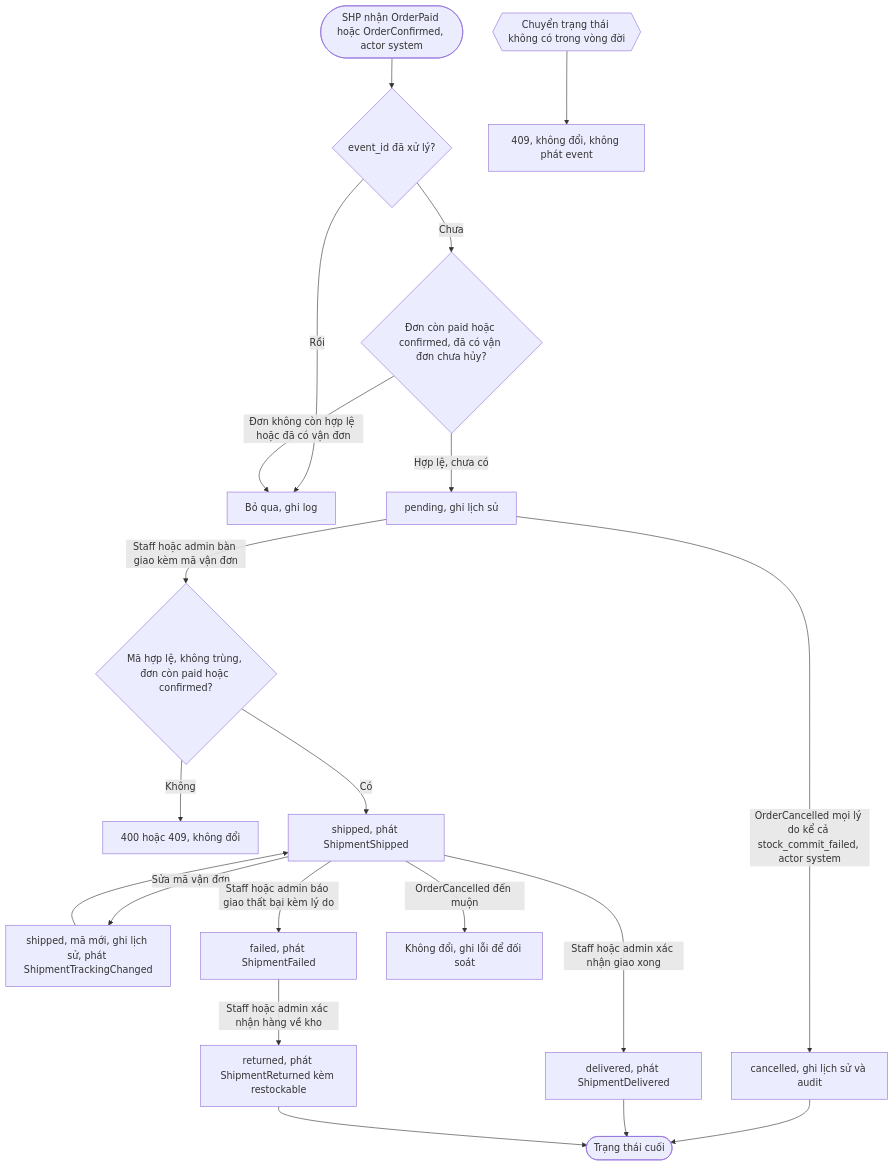
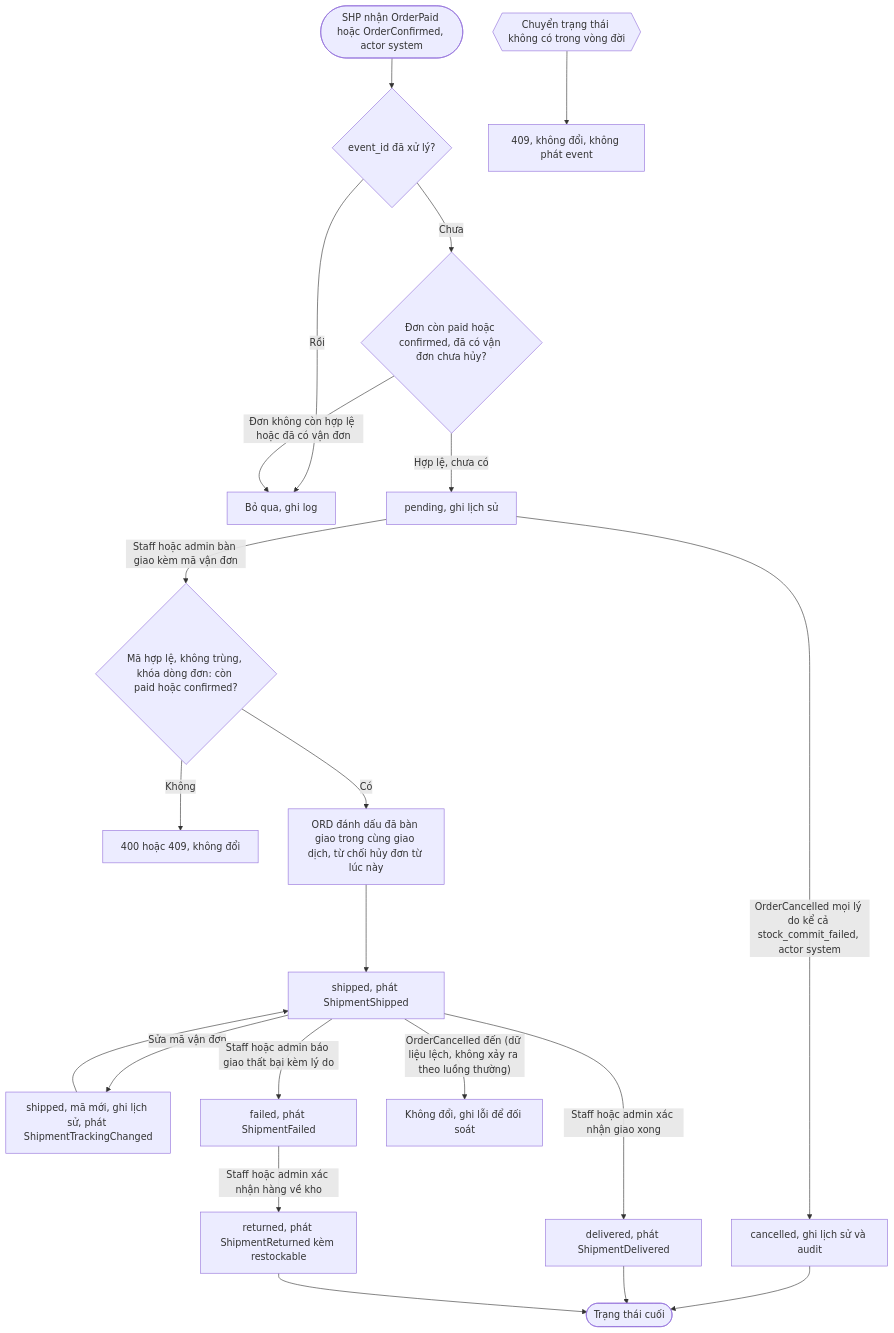
Before and after one commit to bvminh-dev/Min-SDLC: the second of 3 diagrams in spec/epics/SHP/flows/SHP-FLOW-20261006-101103996.md, drawn with Mermaid. The commit also changed other lines of this file and 1457 other files, not shown here.

````diff
--- a/spec/epics/SHP/flows/SHP-FLOW-20261006-101103996.md
+++ b/spec/epics/SHP/flows/SHP-FLOW-20261006-101103996.md
@@ -55,22 +55,23 @@
 ```mermaid
 flowchart TD
     S([SHP nhận OrderPaid hoặc OrderConfirmed, actor system]) --> S0{event_id đã xử lý?}
     S0 -- Rồi --> S2
     S0 -- Chưa --> S1{Đơn còn paid hoặc confirmed, đã có vận đơn chưa hủy?}
     S1 -- Đơn không còn hợp lệ hoặc đã có vận đơn --> S2[Bỏ qua, ghi log]
     S1 -- Hợp lệ, chưa có --> P[pending, ghi lịch sử]
-    P -- Staff hoặc admin bàn giao kèm mã vận đơn --> H{Mã hợp lệ, không trùng, đơn còn paid hoặc confirmed?}
+    P -- Staff hoặc admin bàn giao kèm mã vận đơn --> H{Mã hợp lệ, không trùng, khóa dòng đơn: còn paid hoặc confirmed?}
     H -- Không --> H1[400 hoặc 409, không đổi]
-    H -- Có --> SH[shipped, phát ShipmentShipped]
+    H -- Có --> HF[ORD đánh dấu đã bàn giao trong cùng giao dịch, từ chối hủy đơn từ lúc này]
+    HF --> SH[shipped, phát ShipmentShipped]
     P -- OrderCancelled mọi lý do kể cả stock_commit_failed, actor system --> CA[cancelled, ghi lịch sử và audit]
     SH -- Sửa mã vận đơn --> SH2[shipped, mã mới, ghi lịch sử, phát ShipmentTrackingChanged]
     SH2 --> SH
     SH -- Staff hoặc admin xác nhận giao xong --> DL[delivered, phát ShipmentDelivered]
     SH -- Staff hoặc admin báo giao thất bại kèm lý do --> FA[failed, phát ShipmentFailed]
     FA -- Staff hoặc admin xác nhận hàng về kho --> RT[returned, phát ShipmentReturned kèm restockable]
-    SH -- OrderCancelled đến muộn --> M[Không đổi, ghi lỗi để đối soát]
+    SH -- OrderCancelled đến (dữ liệu lệch, không xảy ra theo luồng thường) --> M[Không đổi, ghi lỗi để đối soát]
     X{{Chuyển trạng thái không có trong vòng đời}} --> R[409, không đổi, không phát event]
     CA --> End([Trạng thái cuối])
     DL --> End
     RT --> End
 ```
````
